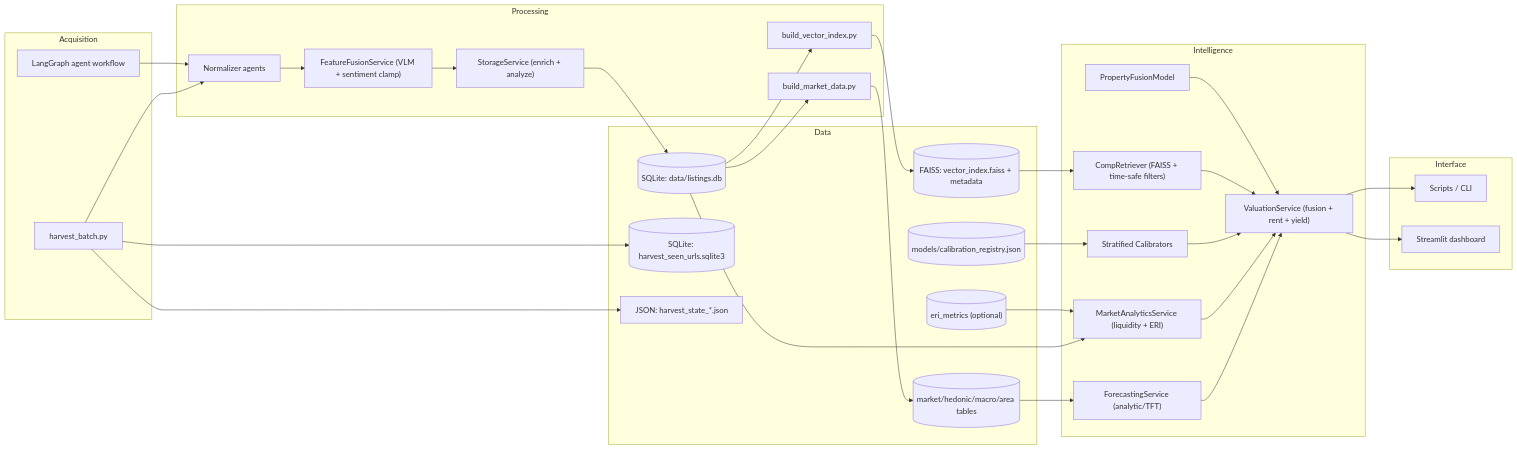
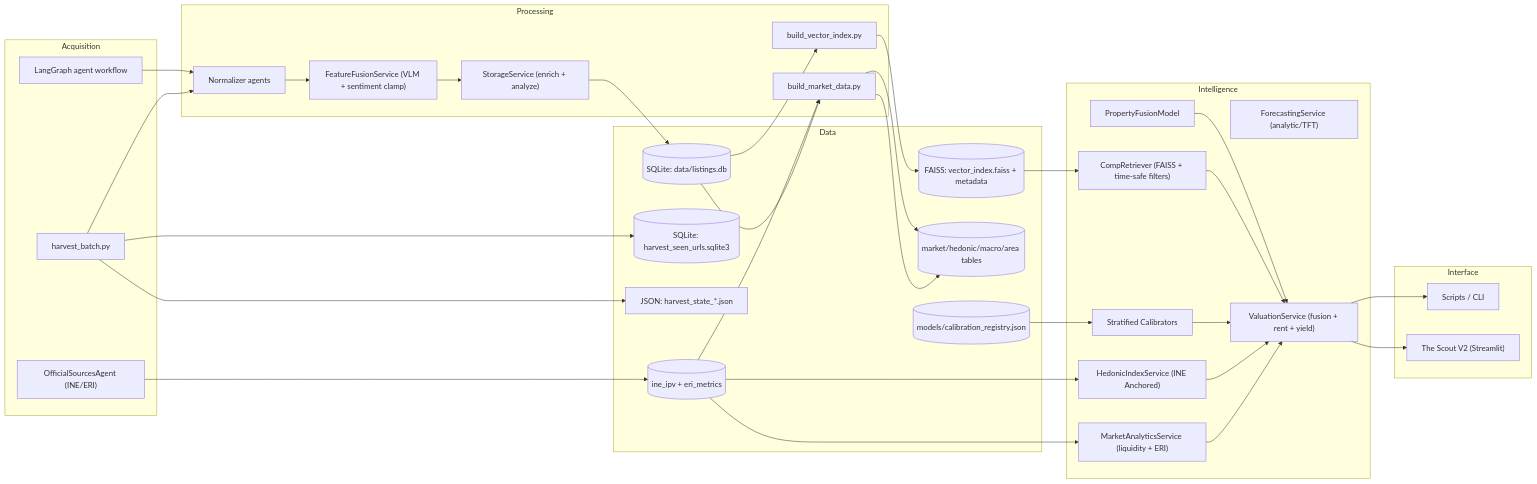
The diagram in docs/01_system_overview.md (Nirtzur0/PropertyScanner), drawn with Mermaid before and after one commit. The commit also changed other lines of this file and 72 other files, not shown here.

Commit message:
feat: Scout V2 Dashboard, Official Data Integration & Doc Update

````diff
--- a/docs/01_system_overview.md
+++ b/docs/01_system_overview.md
@@ -7,54 +7,58 @@
 ```mermaid
 flowchart LR
     subgraph Acquisition
         HB["harvest_batch.py"]
         AG["LangGraph agent workflow"]
+        Gov["OfficialSourcesAgent (INE/ERI)"]
     end
 
     subgraph Processing
         Norm["Normalizer agents"]
         Fusion["FeatureFusionService (VLM + sentiment clamp)"]
         Store["StorageService (enrich + analyze)"]
         BuildIndex["build_vector_index.py"]
         BuildMarket["build_market_data.py"]
     end
 
     subgraph Data
         Listings[("SQLite: data/listings.db")]
         Seen[("SQLite: harvest_seen_urls.sqlite3")]
         State["JSON: harvest_state_*.json"]
         VectorIndex[("FAISS: vector_index.faiss + metadata")]
         Indices[("market/hedonic/macro/area tables")]
-        ERI[("eri_metrics (optional)")]
+        GovData[("ine_ipv + eri_metrics")]
         Calib[("models/calibration_registry.json")]
     end
 
     subgraph Intelligence
         Retriever["CompRetriever (FAISS + time-safe filters)"]
         Market["MarketAnalyticsService (liquidity + ERI)"]
         Model["PropertyFusionModel"]
         Forecast["ForecastingService (analytic/TFT)"]
         Calibrator["Stratified Calibrators"]
         Val["ValuationService (fusion + rent + yield)"]
+        Hedonic["HedonicIndexService (INE Anchored)"]
     end
 
     subgraph Interface
         CLI["Scripts / CLI"]
-        Dash["Streamlit dashboard"]
+        Dash["The Scout V2 (Streamlit)"]
     end
 
     HB --> Seen
     HB --> State
     HB --> Norm
     AG --> Norm
+    Gov --> GovData
     Norm --> Fusion --> Store --> Listings
     Listings --> BuildIndex --> VectorIndex --> Retriever
-    Listings --> BuildMarket --> Indices --> Forecast --> Val
-    Listings --> Market
-    ERI --> Market --> Val
+    Listings --> BuildMarket --> Indices
+    GovData --> BuildMarket --> Indices
+    GovData --> Market --> Val
+    GovData --> Hedonic --> Val
     Calib --> Calibrator --> Val
     Retriever --> Val
     Model --> Val
     Val --> Dash
     Val --> CLI
 ```
````
